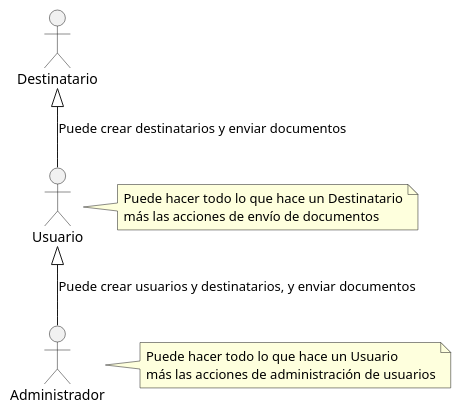
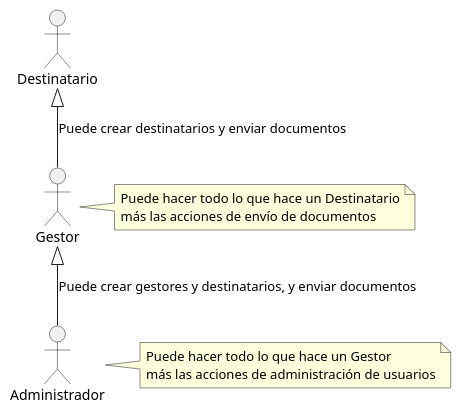
Before and after one commit to mmasias/24-25-IdSw1-SDR: the diagram in docs/casosDeUso/actores/actores.puml, drawn with PlantUML. The commit also changed 7 other files, not shown here.

Commit message:
REFAC: renombrar actor "Usuario" a "Gestor" en diagramas de casos de uso para mayor claridad

```diff
--- a/docs/casosDeUso/actores/actores.puml
+++ b/docs/casosDeUso/actores/actores.puml
@@ -1,18 +1,18 @@
 @startuml
 actor "Destinatario" as Destinatario
-actor "Usuario" as Usuario
+actor "Gestor" as Usuario
 actor "Administrador" as Administrador
 
 Destinatario <|-- Usuario : Puede crear destinatarios y enviar documentos
-Usuario <|-- Administrador : Puede crear usuarios y destinatarios, y enviar documentos
+Usuario <|-- Administrador : Puede crear gestores y destinatarios, y enviar documentos
 
 note right of Administrador
-    Puede hacer todo lo que hace un Usuario
+    Puede hacer todo lo que hace un Gestor
     más las acciones de administración de usuarios
 end note
 
 note right of Usuario
     Puede hacer todo lo que hace un Destinatario
     más las acciones de envío de documentos
 end note
 @enduml
```
